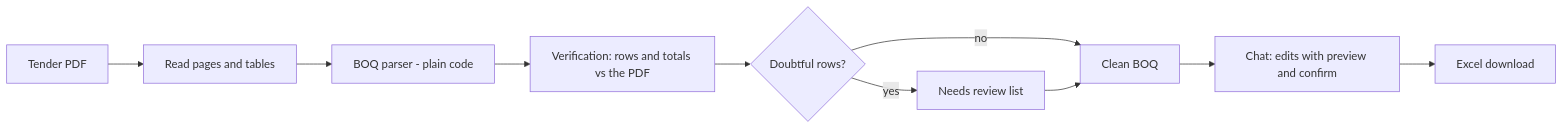
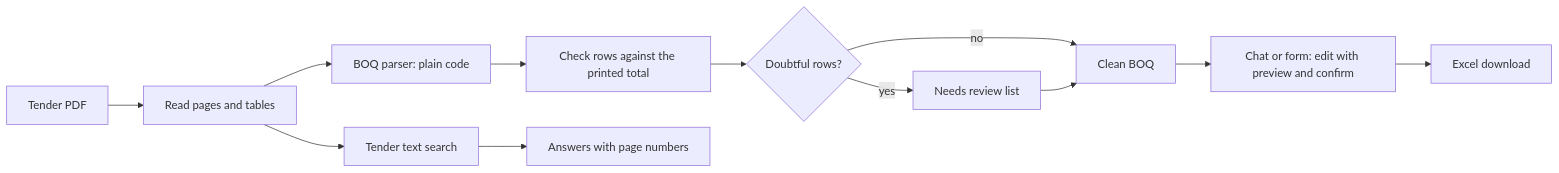
One commit to bilal-rabbani/bidding-helper-ai changed the diagram in README.md. Above: the diagram before and after it, drawn with Mermaid. The commit also changed other lines of this file and 8 other files, not shown here.

````diff
--- a/README.md
+++ b/README.md
@@ -19,12 +26,14 @@
 ```mermaid
 flowchart LR
     A[Tender PDF] --> B[Read pages and tables]
-    B --> C[BOQ parser - plain code]
-    C --> D[Verification: rows and totals vs the PDF]
+    B --> C[BOQ parser: plain code]
+    C --> D[Check rows against the printed total]
     D --> E{Doubtful rows?}
     E -- yes --> F[Needs review list]
     E -- no --> G[Clean BOQ]
     F --> G
-    G --> H[Chat: edits with preview and confirm]
+    G --> H[Chat or form: edit with preview and confirm]
     H --> I[Excel download]
+    B --> J[Tender text search]
+    J --> K[Answers with page numbers]
 ```
````
